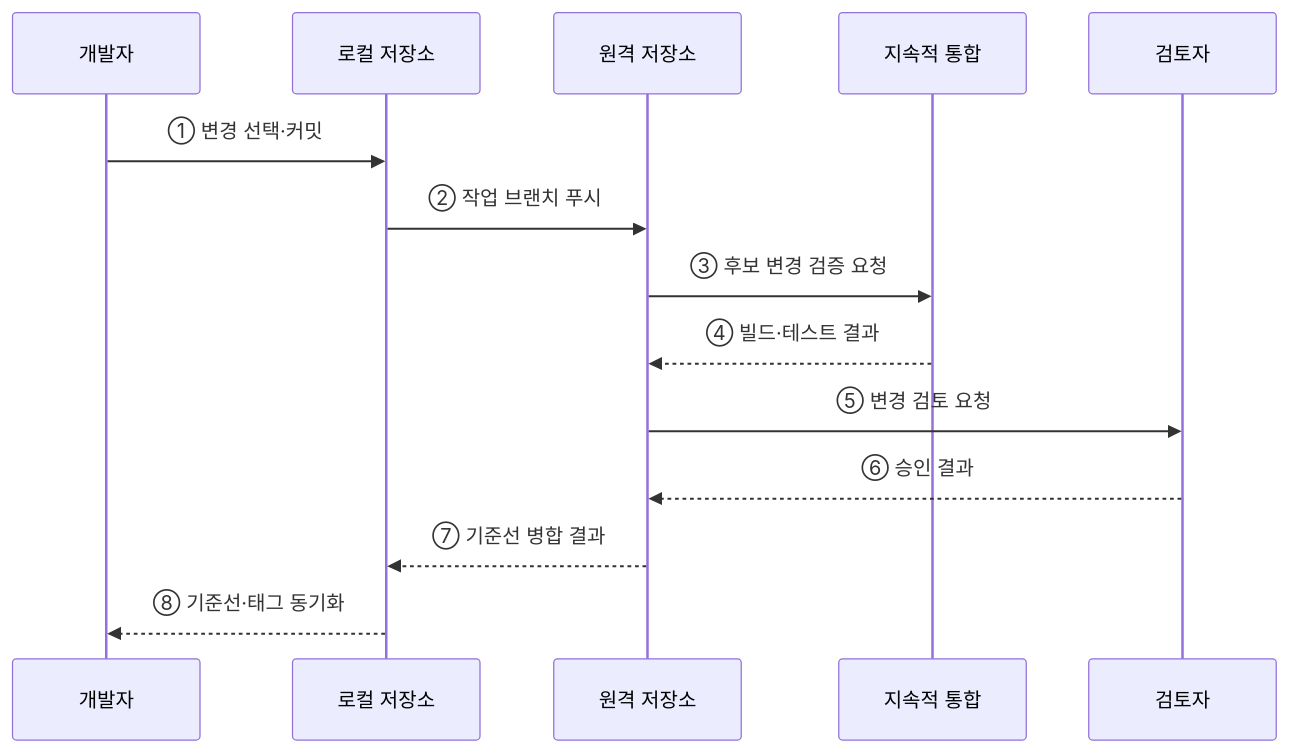
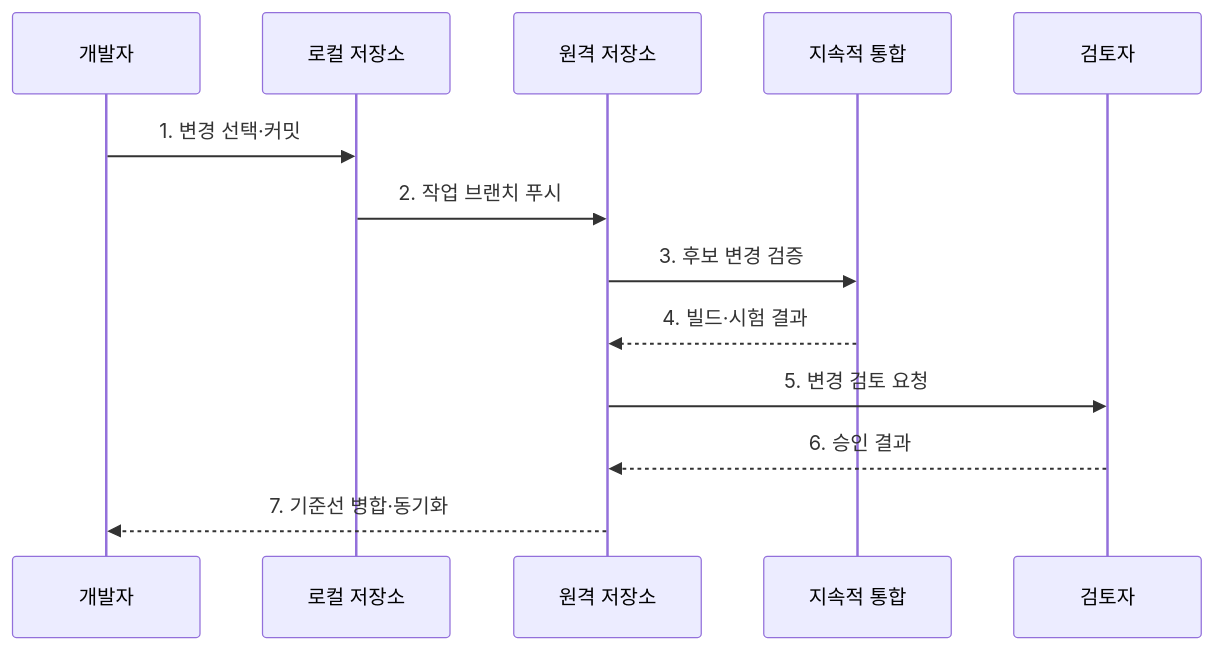
Before and after one commit to agnusdei1207/knowledge-base: the second of 2 diagrams in src/content/docs/notes/03-software/052_configuration_management_git.md, drawn with Mermaid. The commit also changed other lines of this file and 20 other files, not shown here.

````diff
--- a/src/content/docs/notes/03-software/052_configuration_management_git.md
+++ b/src/content/docs/notes/03-software/052_configuration_management_git.md
@@ -84,16 +87,15 @@
 ```mermaid
 sequenceDiagram
     participant D as 개발자
     participant L as 로컬 저장소
     participant R as 원격 저장소
     participant C as 지속적 통합
     participant A as 검토자
-    D->>L: ① 변경 선택·커밋
-    L->>R: ② 작업 브랜치 푸시
-    R->>C: ③ 후보 변경 검증 요청
-    C-->>R: ④ 빌드·테스트 결과
-    R->>A: ⑤ 변경 검토 요청
-    A-->>R: ⑥ 승인 결과
-    R-->>L: ⑦ 기준선 병합 결과
-    L-->>D: ⑧ 기준선·태그 동기화
+    D->>L: 1. 변경 선택·커밋
+    L->>R: 2. 작업 브랜치 푸시
+    R->>C: 3. 후보 변경 검증
+    C-->>R: 4. 빌드·시험 결과
+    R->>A: 5. 변경 검토 요청
+    A-->>R: 6. 승인 결과
+    R-->>D: 7. 기준선 병합·동기화
 ```
````
